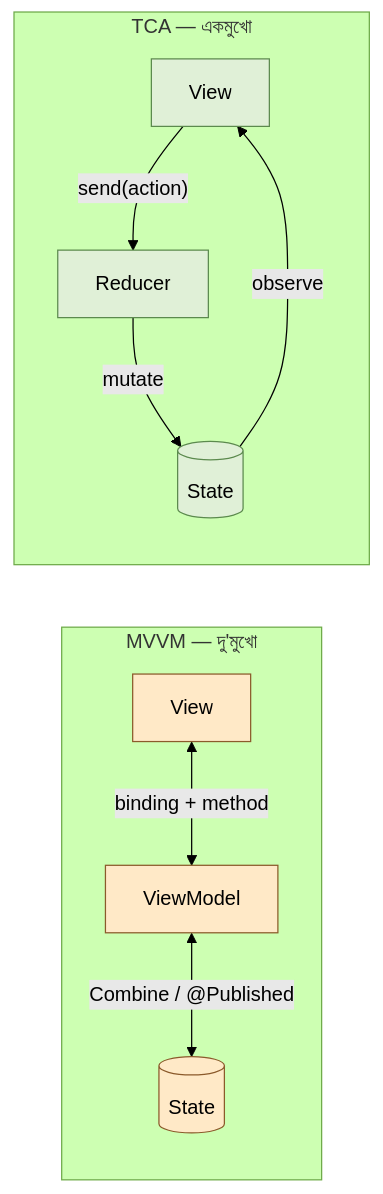
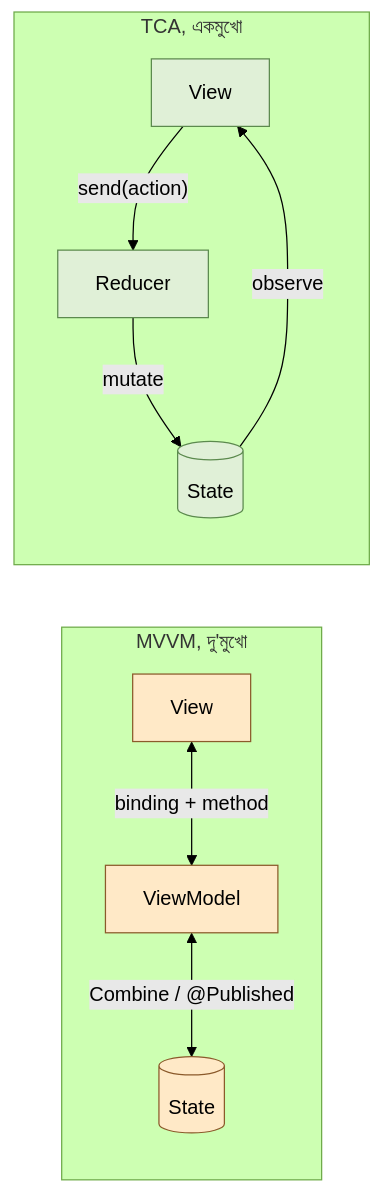
Before and after one commit to Junaed29/tca-bangla-tutor: the diagram in src/content/chapters/02-tca-ki-mvvm-er-songe-parthokyo.mdx, drawn with Mermaid (forest theme). The commit also changed other lines of this file and 25 other files, not shown here.

````diff
--- a/src/content/chapters/02-tca-ki-mvvm-er-songe-parthokyo.mdx
+++ b/src/content/chapters/02-tca-ki-mvvm-er-songe-parthokyo.mdx
@@ -140,20 +140,20 @@
 ```mermaid
 flowchart LR
-    subgraph "MVVM — দু'মুখো"
+    subgraph "MVVM, দু'মুখো"
     V1[View] <-->|"binding + method"| VM[ViewModel]
     VM <-->|"Combine / @Published"| ST1[(State)]
     end
 
-    subgraph "TCA — একমুখো"
+    subgraph "TCA, একমুখো"
     V2[View] -->|"send(action)"| R[Reducer]
     R -->|"mutate"| ST2[(State)]
     ST2 -->|"observe"| V2
     end
 
     style V1 fill:#FFE9C7,stroke:#8B5A2B
     style VM fill:#FFE9C7,stroke:#8B5A2B
     style ST1 fill:#FFE9C7,stroke:#8B5A2B
     style V2 fill:#E0F0D7,stroke:#5C8A4E
     style R fill:#E0F0D7,stroke:#5C8A4E
     style ST2 fill:#E0F0D7,stroke:#5C8A4E
 ```
````
